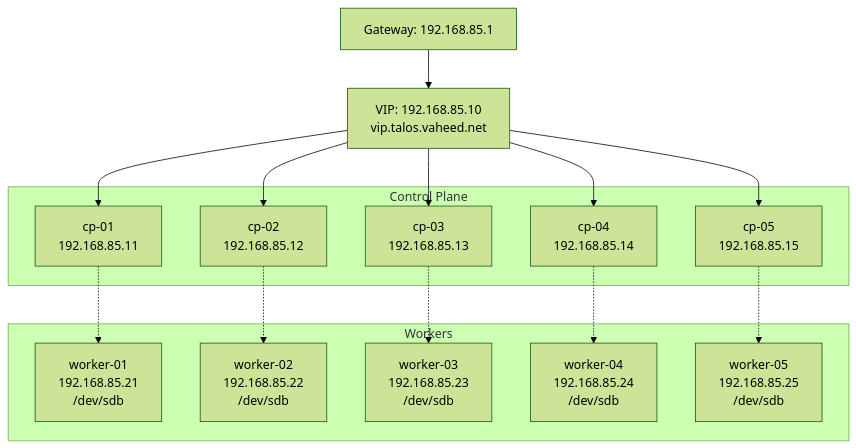
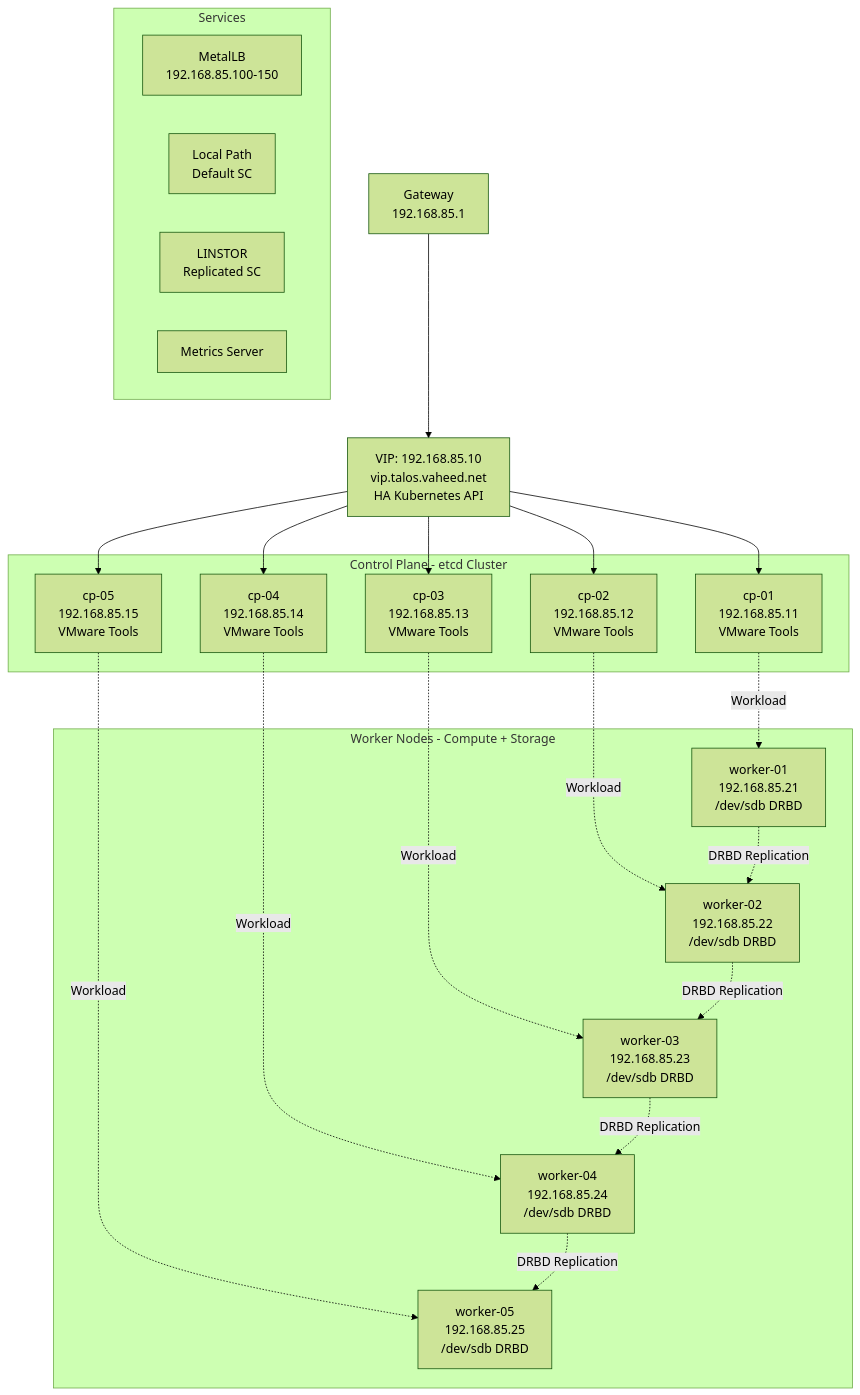
One commit to vaheed/talos-kubernetes-cluster changed the diagram in HP.md. Above: the diagram before and after it, drawn with Mermaid (forest theme). The commit also changed other lines of this file, not shown here.

````diff
--- a/HP.md
+++ b/HP.md
@@ -77,34 +82,46 @@
 ```mermaid
 graph TD
-    GW[Gateway: 192.168.85.1]
-    VIP[VIP: 192.168.85.10<br/>vip.talos.vaheed.net]
+    GW[Gateway<br/>192.168.85.1]
+    VIP[VIP: 192.168.85.10<br/>vip.talos.vaheed.net<br/>HA Kubernetes API]
     
-    subgraph Control Plane
-        CP1[cp-01<br/>192.168.85.11]
-        CP2[cp-02<br/>192.168.85.12]
-        CP3[cp-03<br/>192.168.85.13]
-        CP4[cp-04<br/>192.168.85.14]
-        CP5[cp-05<br/>192.168.85.15]
+    subgraph "Control Plane - etcd Cluster"
+        CP1[cp-01<br/>192.168.85.11<br/>VMware Tools]
+        CP2[cp-02<br/>192.168.85.12<br/>VMware Tools]
+        CP3[cp-03<br/>192.168.85.13<br/>VMware Tools]
+        CP4[cp-04<br/>192.168.85.14<br/>VMware Tools]
+        CP5[cp-05<br/>192.168.85.15<br/>VMware Tools]
     end
     
-    subgraph Workers
-        W1[worker-01<br/>192.168.85.21<br/>/dev/sdb]
-        W2[worker-02<br/>192.168.85.22<br/>/dev/sdb]
-        W3[worker-03<br/>192.168.85.23<br/>/dev/sdb]
-        W4[worker-04<br/>192.168.85.24<br/>/dev/sdb]
-        W5[worker-05<br/>192.168.85.25<br/>/dev/sdb]
+    subgraph "Worker Nodes - Compute + Storage"
+        W1[worker-01<br/>192.168.85.21<br/>/dev/sdb DRBD]
+        W2[worker-02<br/>192.168.85.22<br/>/dev/sdb DRBD]
+        W3[worker-03<br/>192.168.85.23<br/>/dev/sdb DRBD]
+        W4[worker-04<br/>192.168.85.24<br/>/dev/sdb DRBD]
+        W5[worker-05<br/>192.168.85.25<br/>/dev/sdb DRBD]
+    end
+    
+    subgraph "Services"
+        LB[MetalLB<br/>192.168.85.100-150]
+        STOR1[Local Path<br/>Default SC]
+        STOR2[LINSTOR<br/>Replicated SC]
+        MON[Metrics Server]
     end
     
     GW --> VIP
     VIP --> CP1
     VIP --> CP2
     VIP --> CP3
     VIP --> CP4
     VIP --> CP5
     
-    CP1 -.-> W1
-    CP2 -.-> W2
-    CP3 -.-> W3
-    CP4 -.-> W4
-    CP5 -.-> W5
+    CP1 -.Workload.-> W1
+    CP2 -.Workload.-> W2
+    CP3 -.Workload.-> W3
+    CP4 -.Workload.-> W4
+    CP5 -.Workload.-> W5
+    
+    W1 -.DRBD Replication.-> W2
+    W2 -.DRBD Replication.-> W3
+    W3 -.DRBD Replication.-> W4
+    W4 -.DRBD Replication.-> W5
 ```
````
